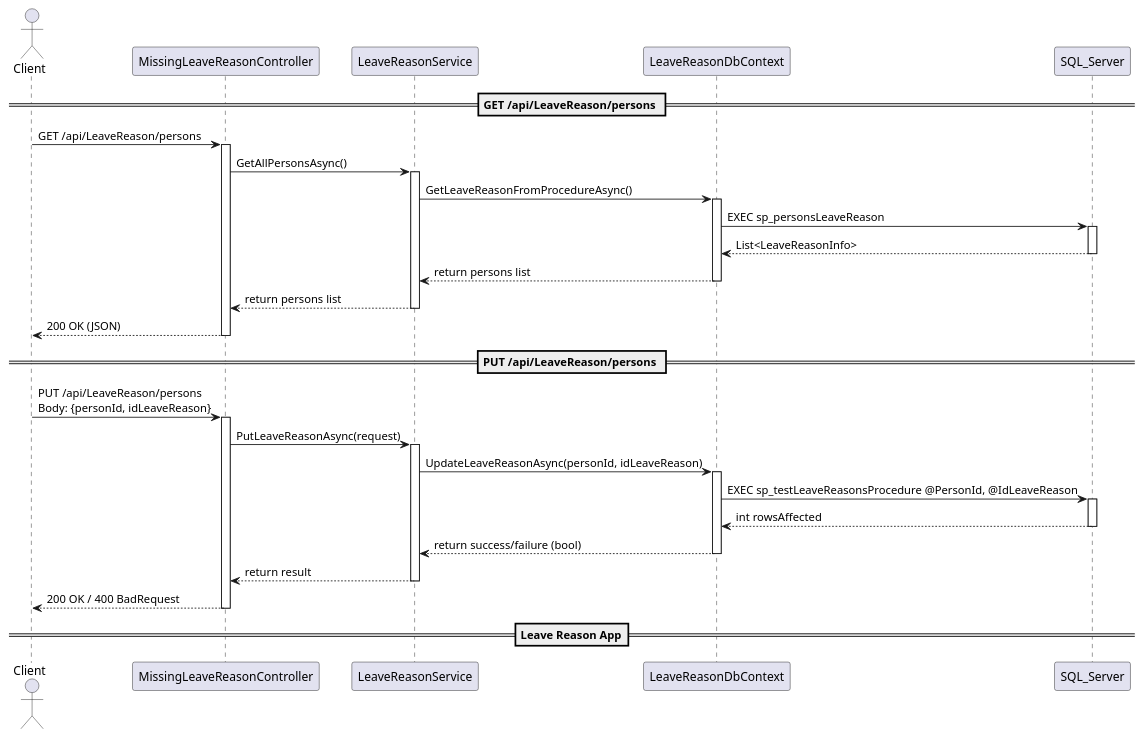
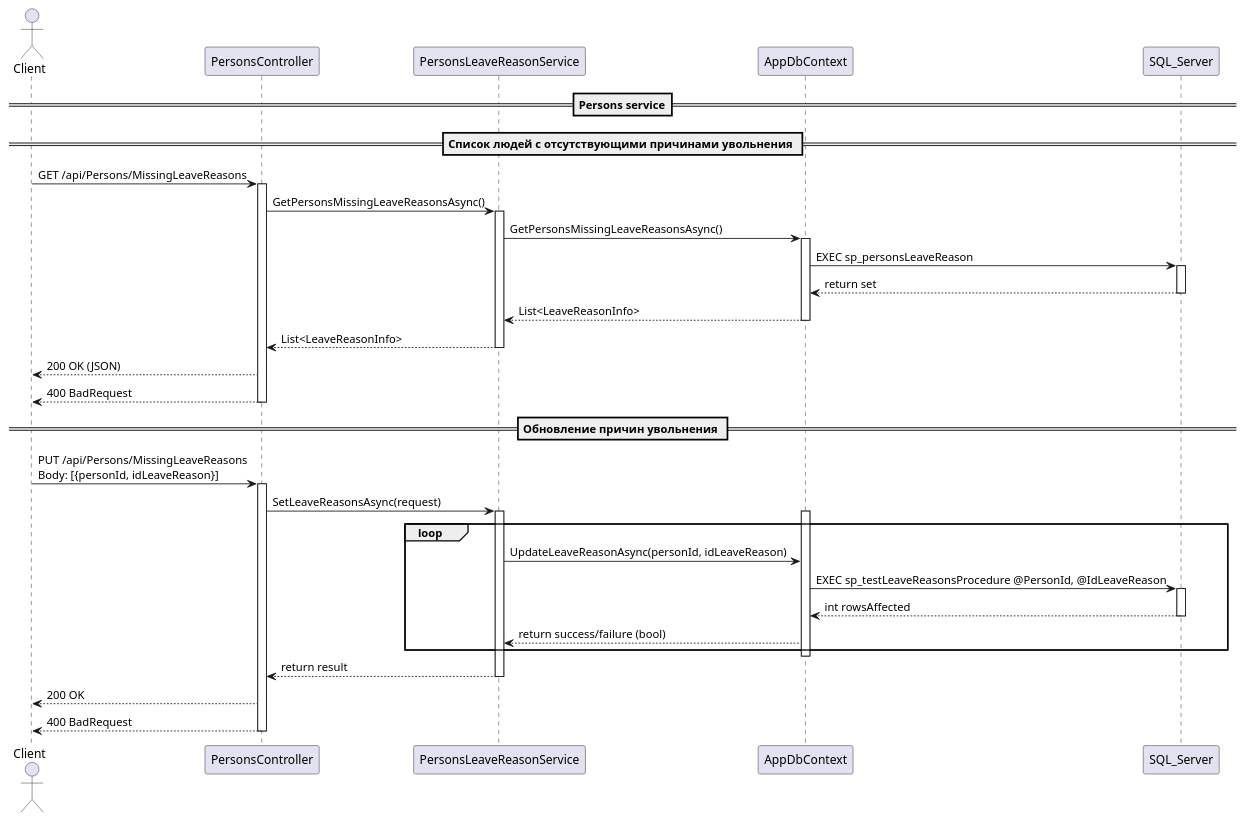
Before and after one commit to CherryProgger/http: the diagram in README.md, drawn with PlantUML.

```diff
--- a/README.md
+++ b/README.md
@@ -1,54 +1,58 @@
 @startuml
 actor Client
 
-== GET /api/LeaveReason/persons ==
-Client -> MissingLeaveReasonController : GET /api/LeaveReason/persons
-activate MissingLeaveReasonController
+==Persons service==
+== Список людей с отсутствующими причинами увольнения ==
+Client -> PersonsController : GET /api/Persons/MissingLeaveReasons
+activate PersonsController
 
-MissingLeaveReasonController -> LeaveReasonService : GetAllPersonsAsync()
-activate LeaveReasonService
+PersonsController -> PersonsLeaveReasonService : GetPersonsMissingLeaveReasonsAsync()
+activate PersonsLeaveReasonService
 
-LeaveReasonService -> LeaveReasonDbContext : GetLeaveReasonFromProcedureAsync()
-activate LeaveReasonDbContext
+PersonsLeaveReasonService -> AppDbContext : GetPersonsMissingLeaveReasonsAsync()
+activate AppDbContext
 
-LeaveReasonDbContext -> SQL_Server : EXEC sp_personsLeaveReason
+AppDbContext -> SQL_Server : EXEC sp_personsLeaveReason
 activate SQL_Server
-SQL_Server --> LeaveReasonDbContext : List<LeaveReasonInfo>
+SQL_Server --> AppDbContext : return set
 deactivate SQL_Server
 
-LeaveReasonDbContext --> LeaveReasonService : return persons list
-deactivate LeaveReasonDbContext
+AppDbContext --> PersonsLeaveReasonService : List<LeaveReasonInfo>
+deactivate AppDbContext
 
-LeaveReasonService --> MissingLeaveReasonController : return persons list
-deactivate LeaveReasonService
+PersonsLeaveReasonService --> PersonsController : List<LeaveReasonInfo>
+deactivate PersonsLeaveReasonService
 
-MissingLeaveReasonController --> Client : 200 OK (JSON)
-deactivate MissingLeaveReasonController
+PersonsController --> Client : 200 OK (JSON) 
+PersonsController --> Client : 400 BadRequest
+deactivate PersonsController
 
-== PUT /api/LeaveReason/persons ==
-Client -> MissingLeaveReasonController : PUT /api/LeaveReason/persons\nBody: {personId, idLeaveReason}
-activate MissingLeaveReasonController
+== Обновление причин увольнения ==
+Client -> PersonsController : PUT /api/Persons/MissingLeaveReasons\nBody: [{personId, idLeaveReason}]
+activate PersonsController
 
-MissingLeaveReasonController -> LeaveReasonService : PutLeaveReasonAsync(request)
-activate LeaveReasonService
+PersonsController -> PersonsLeaveReasonService : SetLeaveReasonsAsync(request)
+activate PersonsLeaveReasonService
 
-LeaveReasonService -> LeaveReasonDbContext : UpdateLeaveReasonAsync(personId, idLeaveReason)
-activate LeaveReasonDbContext
+activate AppDbContext
+loop
+PersonsLeaveReasonService -> AppDbContext : UpdateLeaveReasonAsync(personId, idLeaveReason)
 
-LeaveReasonDbContext -> SQL_Server : EXEC sp_testLeaveReasonsProcedure @PersonId, @IdLeaveReason
+AppDbContext -> SQL_Server : EXEC sp_testLeaveReasonsProcedure @PersonId, @IdLeaveReason
 activate SQL_Server
-SQL_Server --> LeaveReasonDbContext : int rowsAffected
+SQL_Server --> AppDbContext : int rowsAffected
 deactivate SQL_Server
 
-LeaveReasonDbContext --> LeaveReasonService : return success/failure (bool)
-deactivate LeaveReasonDbContext
+AppDbContext --> PersonsLeaveReasonService : return success/failure (bool)
+end loop
 
-LeaveReasonService --> MissingLeaveReasonController : return result
-deactivate LeaveReasonService
+deactivate AppDbContext
 
-MissingLeaveReasonController --> Client : 200 OK / 400 BadRequest
-deactivate MissingLeaveReasonController
+PersonsLeaveReasonService --> PersonsController : return result
+deactivate PersonsLeaveReasonService
 
-==Leave Reason App==
+PersonsController --> Client : 200 OK 
+PersonsController --> Client : 400 BadRequest
+deactivate PersonsController
 
 @enduml
```
